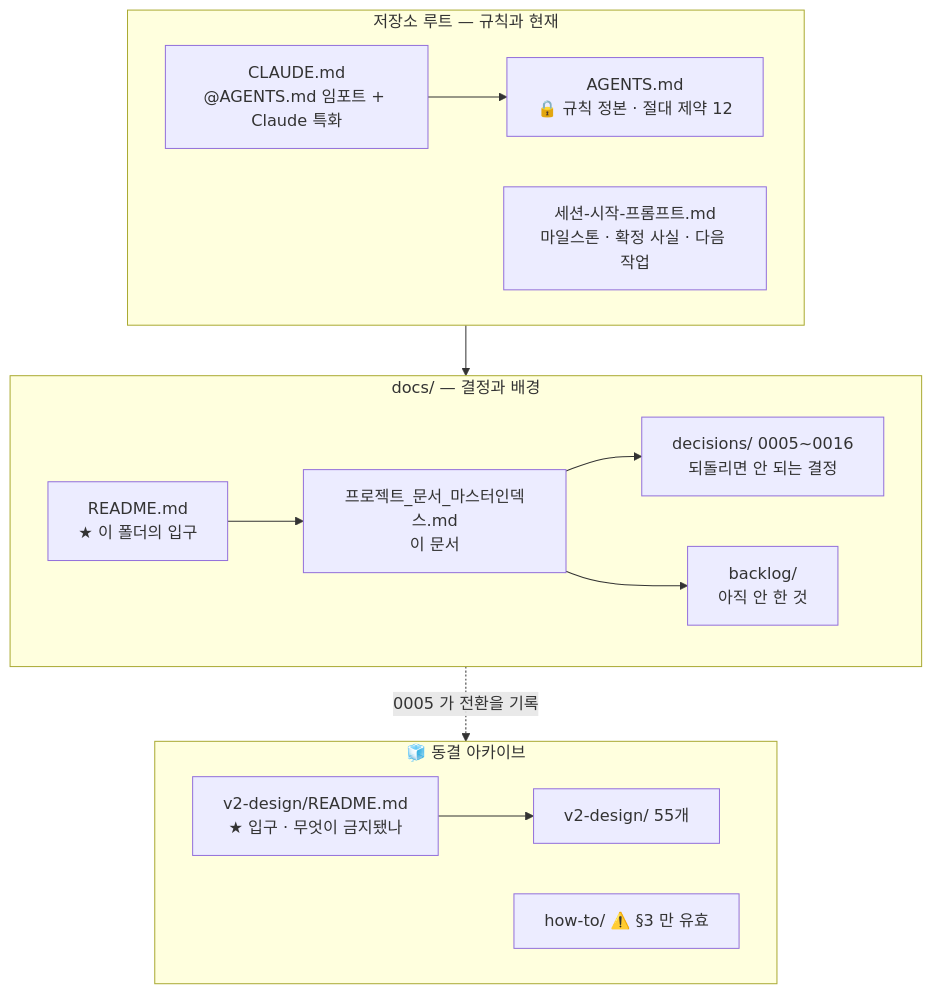
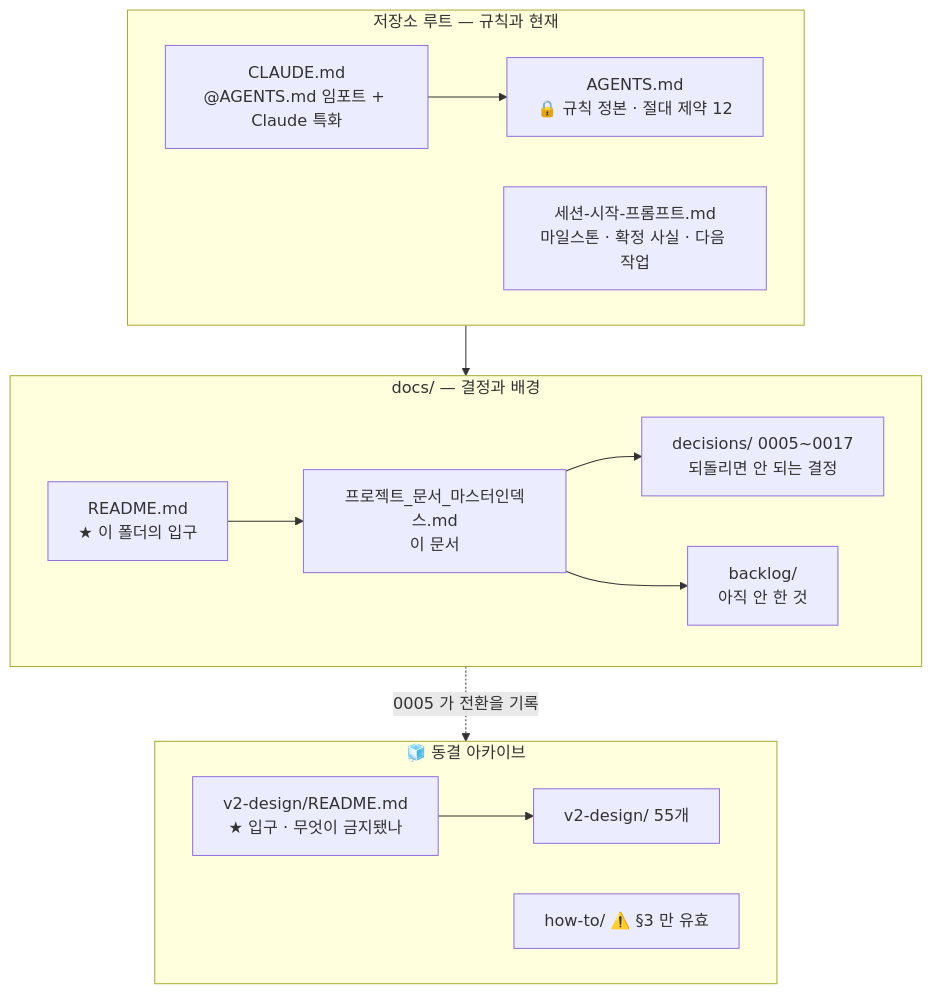
One commit to EST-Bootcamp-Dongwon/stock-coin-trade changed the first of 2 diagrams in docs/프로젝트_문서_마스터인덱스.md. Above: the diagram before and after it, drawn with Mermaid. The commit also changed other lines of this file and 10 other files, not shown here.

````diff
--- a/docs/프로젝트_문서_마스터인덱스.md
+++ b/docs/프로젝트_문서_마스터인덱스.md
@@ -61,25 +61,25 @@
 ```mermaid
 flowchart TB
   subgraph ROOT["저장소 루트 — 규칙과 현재"]
     AG["AGENTS.md<br/>🔒 규칙 정본 · 절대 제약 12"]
     CL["CLAUDE.md<br/>@AGENTS.md 임포트 + Claude 특화"]
     SP["세션-시작-프롬프트.md<br/>마일스톤 · 확정 사실 · 다음 작업"]
     CL --> AG
   end
   subgraph DOCS["docs/ — 결정과 배경"]
     RM["README.md<br/>★ 이 폴더의 입구"]
     MI["프로젝트_문서_마스터인덱스.md<br/>이 문서"]
-    DE["decisions/ 0005~0016<br/>되돌리면 안 되는 결정"]
+    DE["decisions/ 0005~0017<br/>되돌리면 안 되는 결정"]
     BL["backlog/<br/>아직 안 한 것"]
     RM --> MI --> DE
     MI --> BL
   end
   subgraph FROZEN["🧊 동결 아카이브"]
     V2R["v2-design/README.md<br/>★ 입구 · 무엇이 금지됐나"]
     V2["v2-design/ 55개"]
     HT["how-to/ ⚠️ §3 만 유효"]
     V2R --> V2
   end
   ROOT --> DOCS
   DOCS -. "0005 가 전환을 기록" .-> FROZEN
 ```
````
